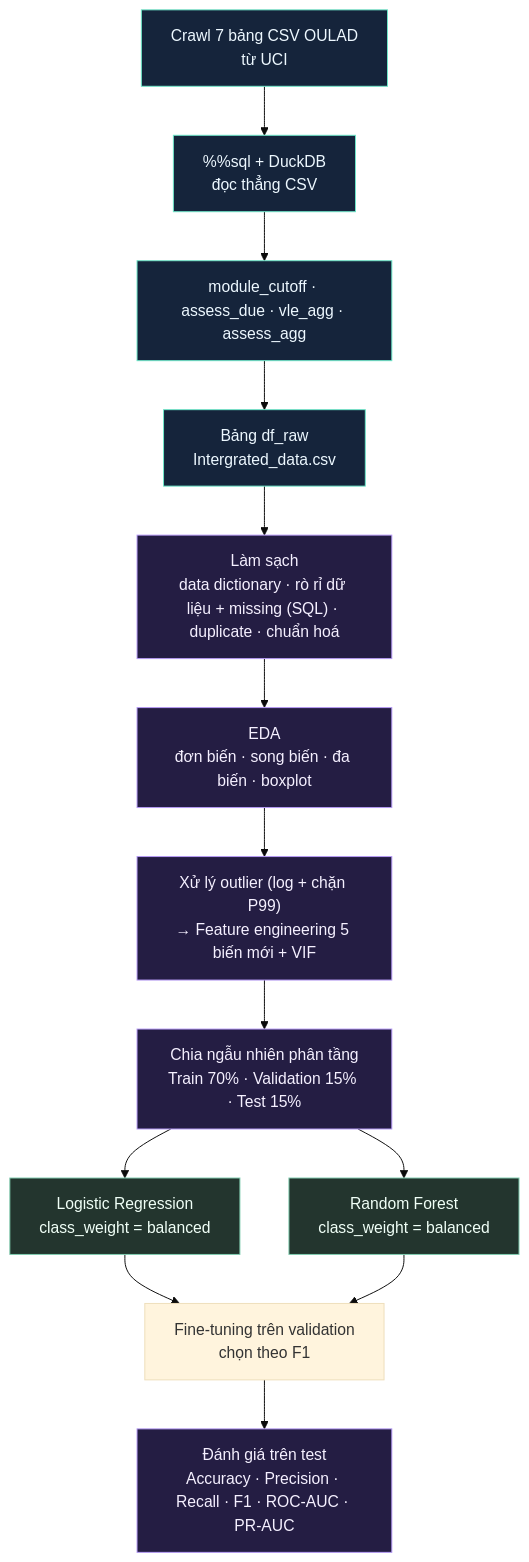
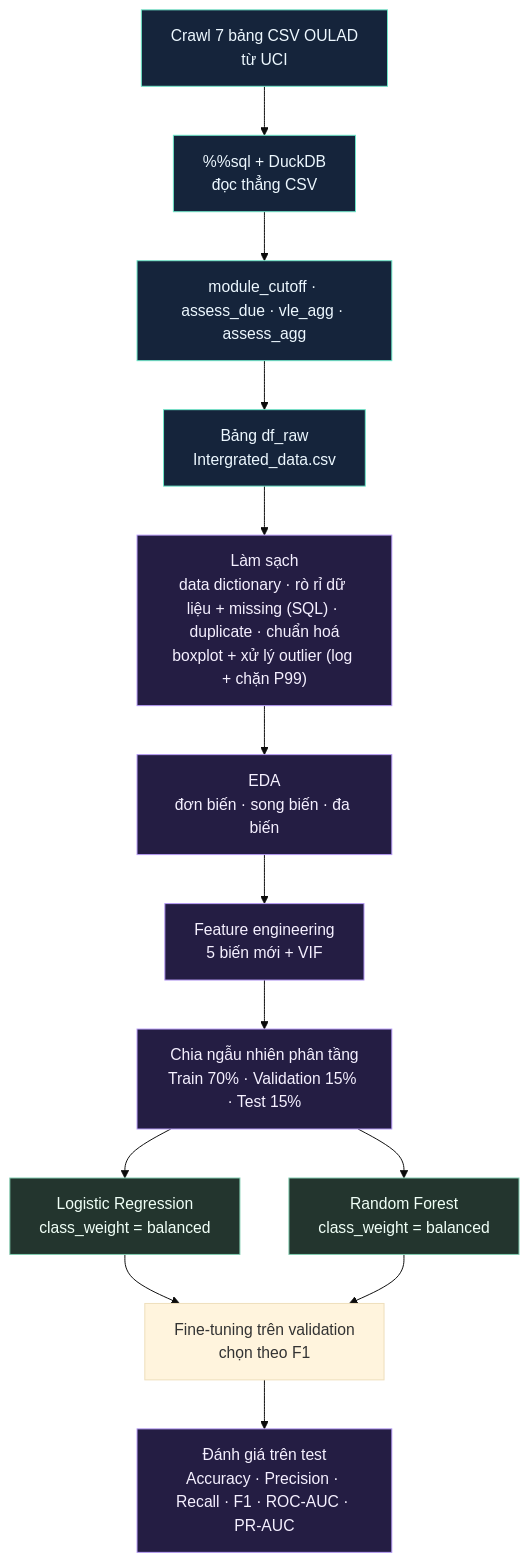
Before and after one commit to NguyenAnh1421/Early-Warning-At-Risk-Students-OULAD: the diagram in README.md, drawn with Mermaid (base theme). The commit also changed other lines of this file and 1 other file, not shown here.

Commit message:
Move boxplot and outlier handling into Part 3 as section 3.6
Outlier detection (boxplot) and treatment (log + P99 capping) are now
part of cleaning (3.6) instead of EDA. Part 4 feature engineering is
renumbered 4.6 -> 4.4 and cross-references are updated. Outputs are
unchanged. README pipeline diagram and section table updated to match.

````diff
--- a/README.md
+++ b/README.md
@@ -88,22 +88,22 @@
 ```mermaid
 flowchart TD
     A["Crawl 7 bảng CSV OULAD<br/>từ UCI"] --> B["%%sql + DuckDB<br/>đọc thẳng CSV"]
     B --> C["module_cutoff · assess_due · vle_agg · assess_agg"]
     C --> D["Bảng df_raw<br/>Intergrated_data.csv"]
-    D --> E["Làm sạch<br/>data dictionary · rò rỉ dữ liệu + missing (SQL) · duplicate · chuẩn hoá"]
-    E --> F["EDA<br/>đơn biến · song biến · đa biến · boxplot"]
-    F --> G["Xử lý outlier (log + chặn P99)<br/>→ Feature engineering 5 biến mới + VIF"]
+    D --> E["Làm sạch<br/>data dictionary · rò rỉ dữ liệu + missing (SQL) · duplicate · chuẩn hoá<br/>boxplot + xử lý outlier (log + chặn P99)"]
+    E --> F["EDA<br/>đơn biến · song biến · đa biến"]
+    F --> G["Feature engineering<br/>5 biến mới + VIF"]
     G --> H["Chia ngẫu nhiên phân tầng<br/>Train 70% · Validation 15% · Test 15%"]
     H --> I["Logistic Regression<br/>class_weight = balanced"]
     H --> J["Random Forest<br/>class_weight = balanced"]
     I --> T["Fine-tuning trên validation<br/>chọn theo F1"]
     J --> T
     T --> K["Đánh giá trên test<br/>Accuracy · Precision · Recall · F1 · ROC-AUC · PR-AUC"]
 
     classDef source fill:#15243b,stroke:#6ee7c9,color:#edf8ff;
     classDef analysis fill:#241d43,stroke:#b69af6,color:#f5f0ff;
     classDef model fill:#23352e,stroke:#80cdb0,color:#f0fff7;
     class A,B,C,D source;
     class E,F,G,H,K analysis;
     class I,J model;
 ```
````
